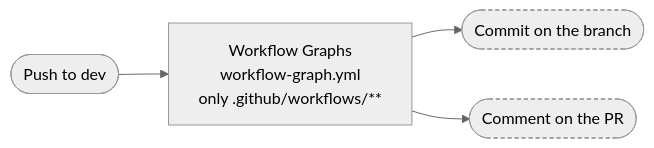
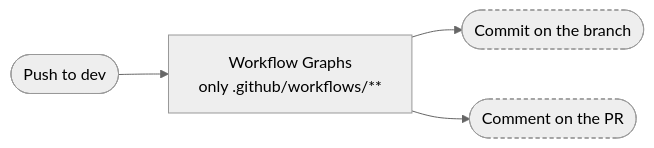
One commit to nfdi4health/dsSupportClient changed the fourth of 15 diagrams in .github/workflow-graphs/README.md. Above: the diagram before and after it, drawn with Mermaid (neutral theme). The commit also changed other lines of this file, not shown here.

Commit message:
docs: update workflow diagrams

````diff
--- a/.github/workflow-graphs/README.md
+++ b/.github/workflow-graphs/README.md
@@ -102,11 +104,11 @@
 ```mermaid
 flowchart LR
   ev(["Push to dev"])
-  wf_workflow_graph_yml["Workflow Graphs<br/>workflow-graph.yml<br/>only .github/workflows/#42;#42;"]
+  wf_workflow_graph_yml["Workflow Graphs<br/>only .github/workflows/#42;#42;"]
   ev --> wf_workflow_graph_yml
   out_1(["Commit on the branch"]):::outcome
   out_2(["Comment on the PR"]):::outcome
   wf_workflow_graph_yml --> out_1
   wf_workflow_graph_yml --> out_2
   classDef outcome stroke-dasharray: 4 3
 ```
````
